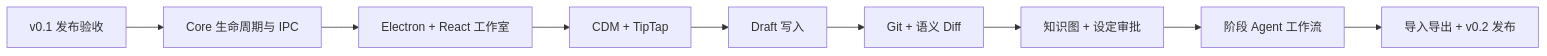
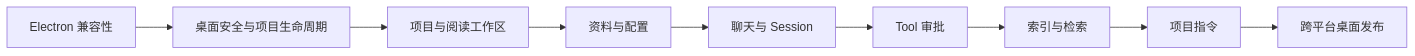
The diagram in docs/DEVELOPMENT_PLAN.md (Mengman/CleoDoc), drawn with Mermaid before and after one commit. The commit also changed other lines of this file and 8 other files, not shown here.

````diff
--- a/docs/DEVELOPMENT_PLAN.md
+++ b/docs/DEVELOPMENT_PLAN.md
@@ -132,11 +298,11 @@
 ```mermaid
 flowchart LR
-    A["v0.1 发布验收"] --> B["Core 生命周期与 IPC"]
-    B --> C["Electron + React 工作室"]
-    C --> D["CDM + TipTap"]
-    D --> E["Draft 写入"]
-    E --> F["Git + 语义 Diff"]
-    F --> G["知识图 + 设定审批"]
-    G --> H["阶段 Agent 工作流"]
-    H --> I["导入导出 + v0.2 发布"]
+    A["Electron 兼容性"] --> B["桌面安全与项目生命周期"]
+    B --> C["项目与阅读工作区"]
+    C --> D["资料与配置"]
+    D --> E["聊天与 Session"]
+    E --> F["Tool 审批"]
+    F --> G["索引与检索"]
+    G --> H["项目指令"]
+    H --> I["跨平台桌面发布"]
 ```
````
